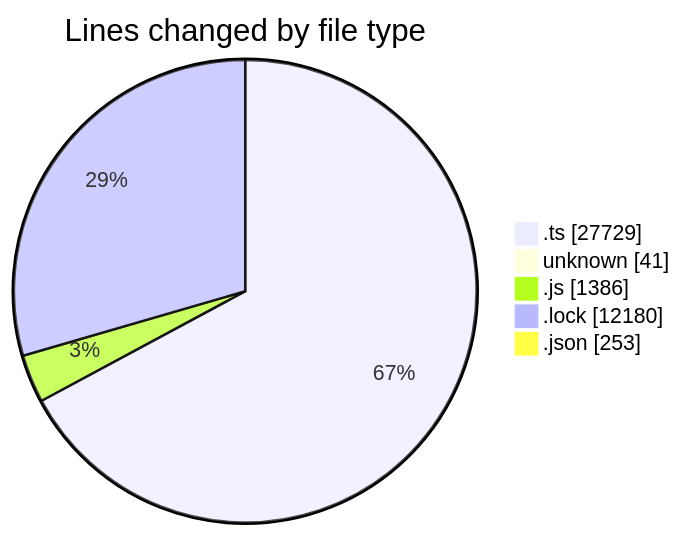
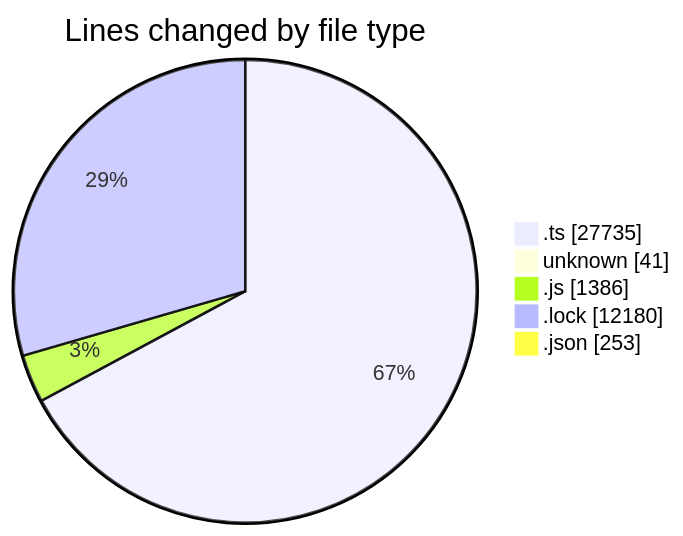
The first of 2 diagrams in 2025-08-18/cda/README.md (momahboobian/code-tracking), drawn with Mermaid before and after one commit. The commit also changed other lines of this file and 1 other file, not shown here.

````diff
--- a/2025-08-18/cda/README.md
+++ b/2025-08-18/cda/README.md
@@ -39,9 +39,9 @@
 ```mermaid
 pie showData
 title Lines changed by file type
-".ts" : 27729
+".ts" : 27735
 "unknown" : 41
 ".js" : 1386
 ".lock" : 12180
 ".json" : 253
 ```
````
